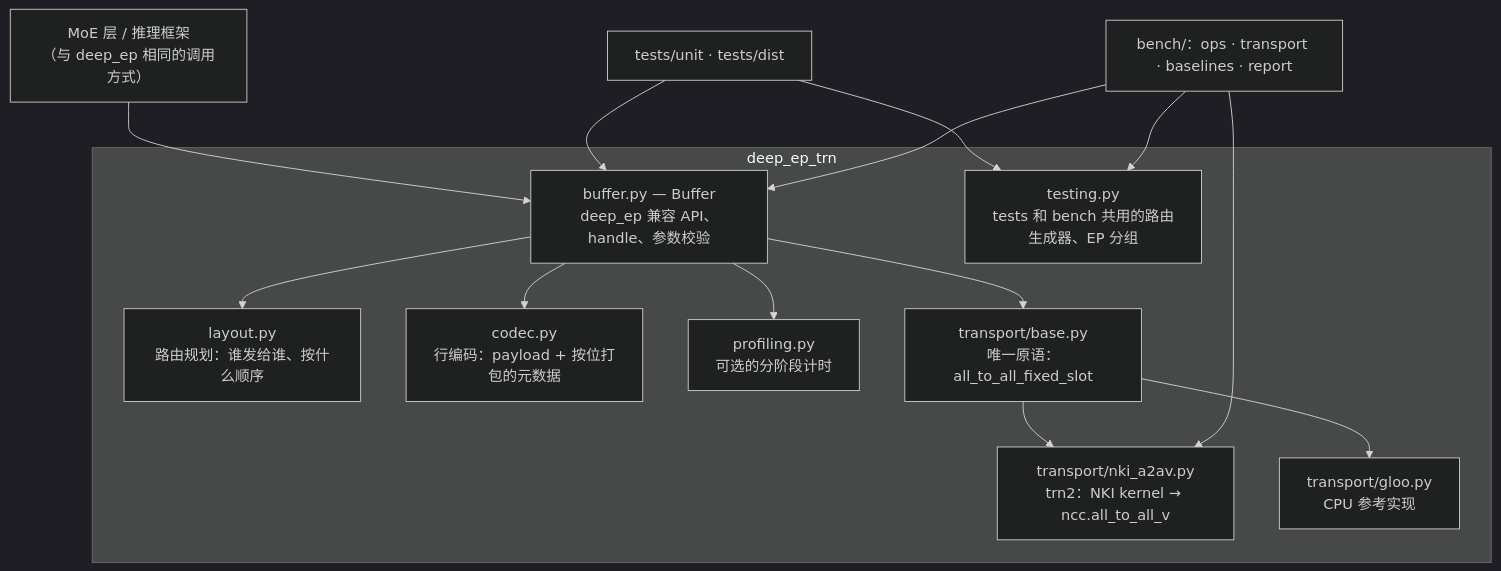
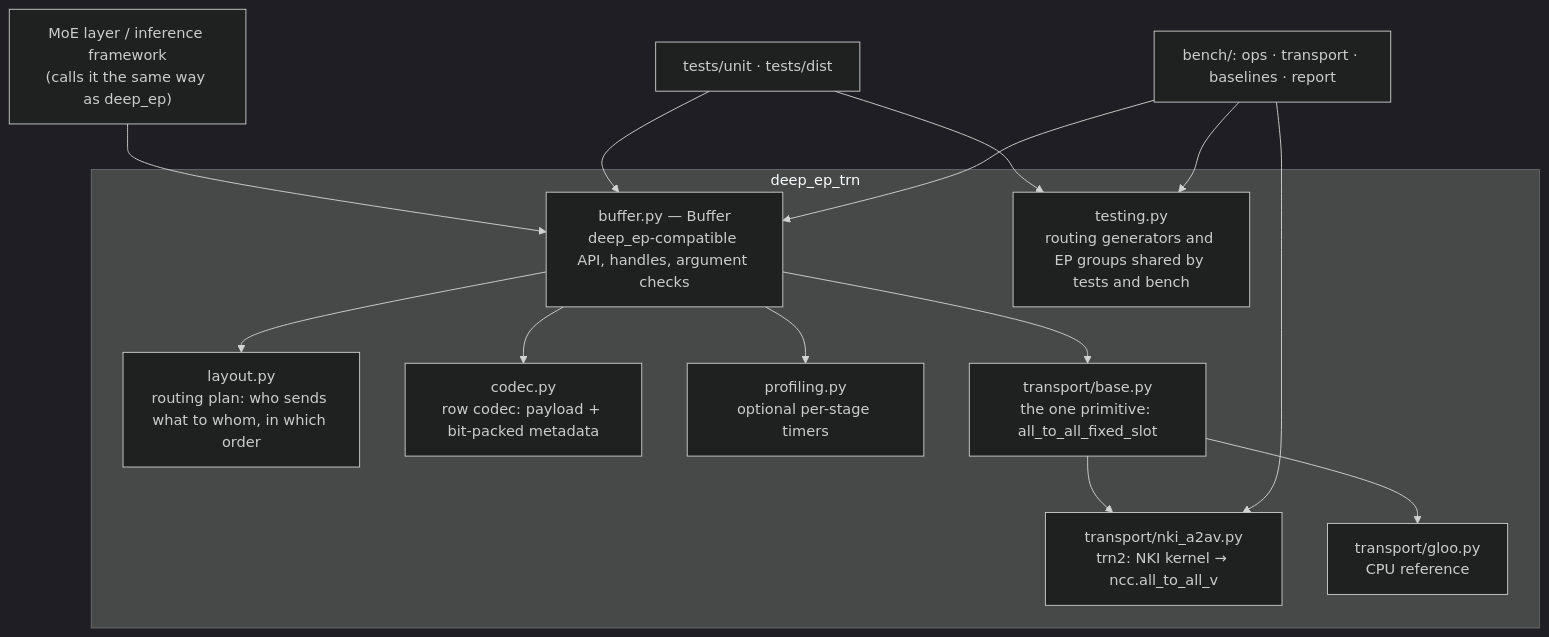
One commit to baonudesifeizhai/deepep-trn changed the first of 2 diagrams in docs/architecture.md. Above: the diagram before and after it, drawn with Mermaid (dark theme). The commit also changed other lines of this file and 2 other files, not shown here.

Commit message:
docs: translate architecture, trn2 constraints and roadmap to English

````diff
--- a/docs/architecture.md
+++ b/docs/architecture.md
@@ -5,19 +5,19 @@
 ```mermaid
 flowchart TD
-    U["MoE 层 / 推理框架<br/>（与 deep_ep 相同的调用方式）"] --> B
+    U["MoE layer / inference framework<br/>(calls it the same way as deep_ep)"] --> B
     subgraph lib["deep_ep_trn"]
-        B["buffer.py — Buffer<br/>deep_ep 兼容 API、handle、参数校验"]
-        B --> L["layout.py<br/>路由规划：谁发给谁、按什么顺序"]
-        B --> C["codec.py<br/>行编码：payload + 按位打包的元数据"]
-        B --> P["profiling.py<br/>可选的分阶段计时"]
-        B --> T["transport/base.py<br/>唯一原语：all_to_all_fixed_slot"]
-        T --> N["transport/nki_a2av.py<br/>trn2：NKI kernel → ncc.all_to_all_v"]
-        T --> G["transport/gloo.py<br/>CPU 参考实现"]
-        X["testing.py<br/>tests 和 bench 共用的路由生成器、EP 分组"]
+        B["buffer.py — Buffer<br/>deep_ep-compatible API, handles, argument checks"]
+        B --> L["layout.py<br/>routing plan: who sends what to whom, in which order"]
+        B --> C["codec.py<br/>row codec: payload + bit-packed metadata"]
+        B --> P["profiling.py<br/>optional per-stage timers"]
+        B --> T["transport/base.py<br/>the one primitive: all_to_all_fixed_slot"]
+        T --> N["transport/nki_a2av.py<br/>trn2: NKI kernel → ncc.all_to_all_v"]
+        T --> G["transport/gloo.py<br/>CPU reference"]
+        X["testing.py<br/>routing generators and EP groups shared by tests and bench"]
     end
     tests["tests/unit · tests/dist"] --> B
     tests --> X
-    bench["bench/：ops · transport · baselines · report"] --> B
+    bench["bench/: ops · transport · baselines · report"] --> B
     bench --> N
     bench --> X
 ```
````
